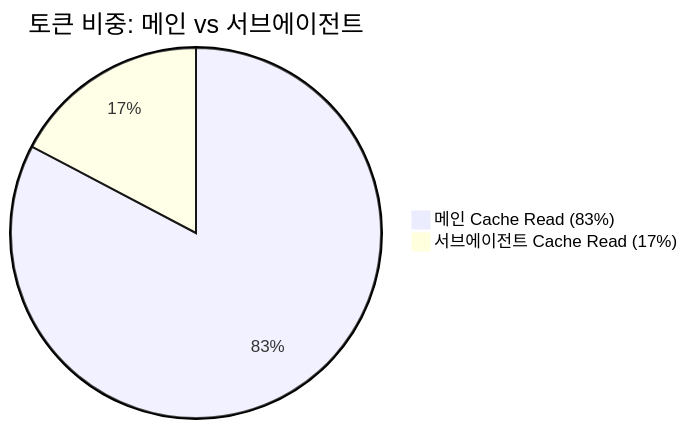
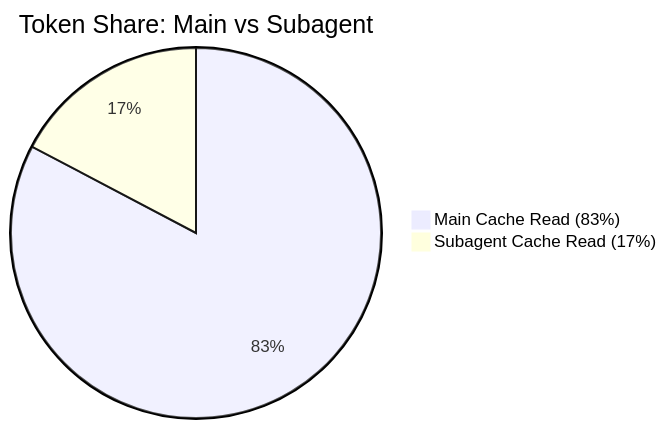
Before and after one commit to ArkNill/claude-code-hidden-problem-analysis: the first of 3 diagrams in ko/03_JSONL-ANALYSIS.md, drawn with Mermaid. The commit also changed other lines of this file and 17 other files, not shown here.

````diff
--- a/ko/03_JSONL-ANALYSIS.md
+++ b/ko/03_JSONL-ANALYSIS.md
@@ -172,5 +170,5 @@
 ```mermaid
-pie title 토큰 비중: 메인 vs 서브에이전트
-    "메인 Cache Read (83%)" : 1607617725
-    "서브에이전트 Cache Read (17%)" : 335964567
+pie title Token Share: Main vs Subagent
+    "Main Cache Read (83%)" : 1607617725
+    "Subagent Cache Read (17%)" : 335964567
 ```
````
